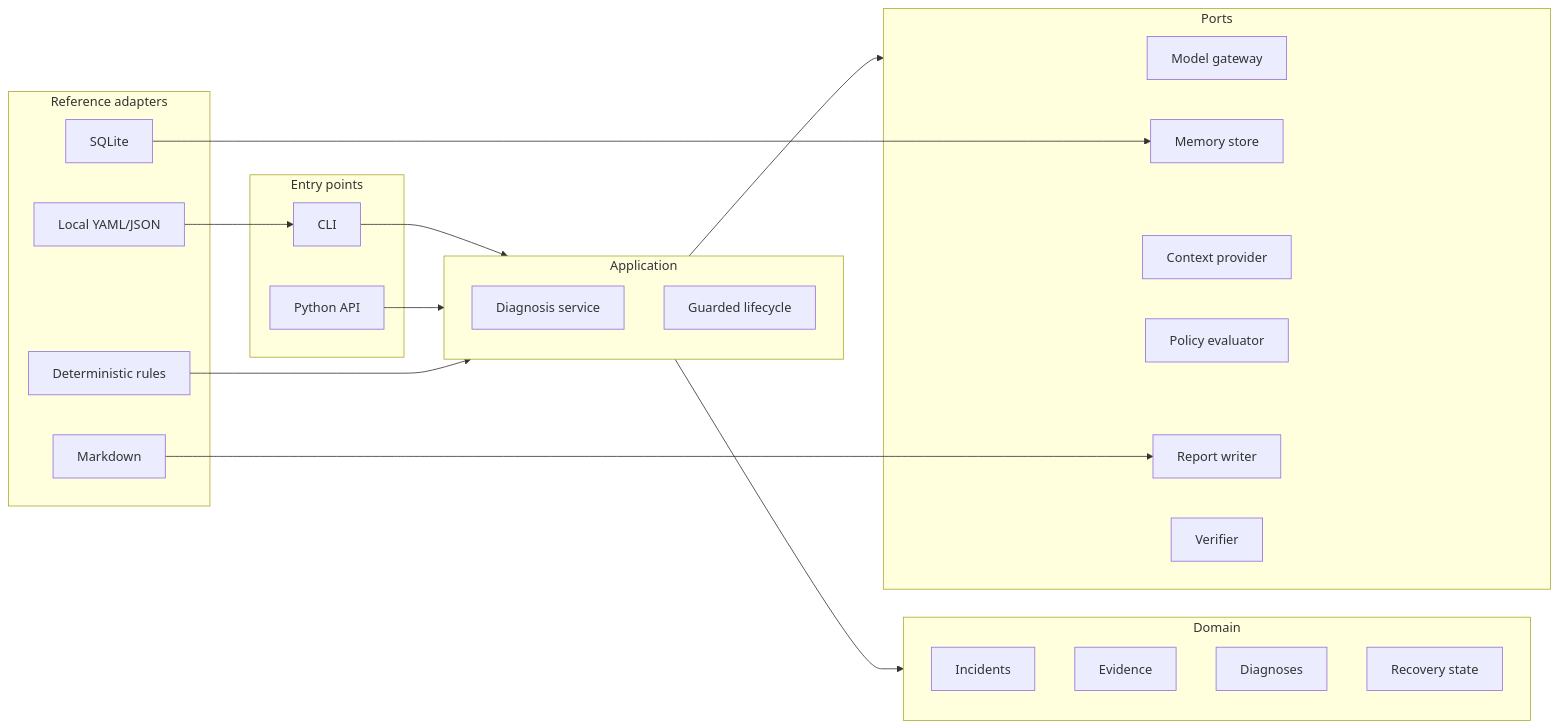
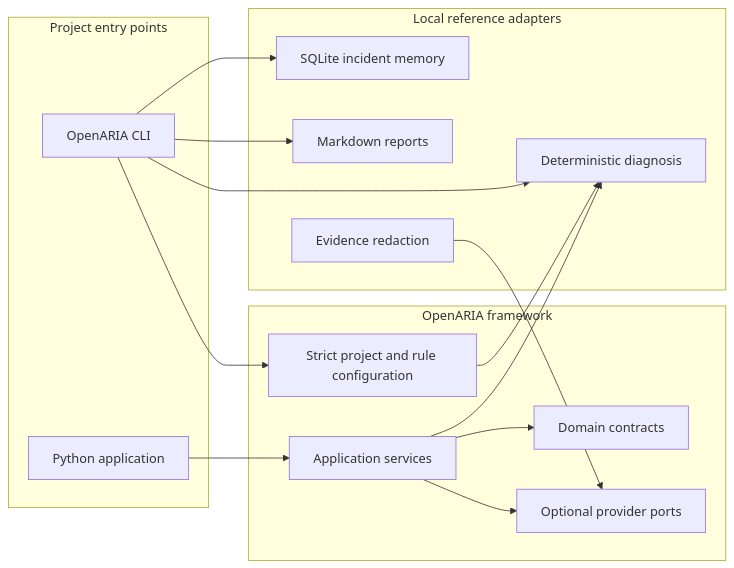
Before and after one commit to soloshun/lumis-sdk: the diagram in README.md, drawn with Mermaid. The commit also changed other lines of this file and 22 other files, not shown here.

````diff
--- a/README.md
+++ b/README.md
@@ -42,40 +42,30 @@
 ```mermaid
 flowchart LR
-    subgraph ENTRY[Entry points]
-        CLI[CLI]
-        PY[Python API]
+    subgraph USERS[Project entry points]
+        CLI[OpenARIA CLI]
+        PY[Python application]
     end
-    subgraph APP[Application]
-        DX[Diagnosis service]
-        LC[Guarded lifecycle]
+    subgraph CORE[OpenARIA framework]
+        CFG[Strict project and rule configuration]
+        APP[Application services]
+        DOMAIN[Domain contracts]
+        PORTS[Optional provider ports]
     end
-    subgraph DOMAIN[Domain]
-        INC[Incidents]
-        EV[Evidence]
-        DIAG[Diagnoses]
-        REC[Recovery state]
-    end
-    subgraph PORTS[Ports]
-        MG[Model gateway]
-        MEM[Memory store]
-        CTX[Context provider]
-        POL[Policy evaluator]
-        REP[Report writer]
-        VER[Verifier]
-    end
-    subgraph ADAPTERS[Reference adapters]
-        DET[Deterministic rules]
-        SQL[SQLite]
-        MD[Markdown]
-        CFG[Local YAML/JSON]
+    subgraph LOCAL[Local reference adapters]
+        DET[Deterministic diagnosis]
+        MEM[SQLite incident memory]
+        REPORT[Markdown reports]
+        REDACT[Evidence redaction]
     end
 
-    CLI --> APP
+    CLI --> CFG
+    CLI --> DET
+    CLI --> MEM
+    CLI --> REPORT
     PY --> APP
     APP --> DOMAIN
     APP --> PORTS
-    DET --> APP
-    SQL --> MEM
-    MD --> REP
-    CFG --> CLI
+    APP --> DET
+    CFG --> DET
+    REDACT --> PORTS
 ```
````
